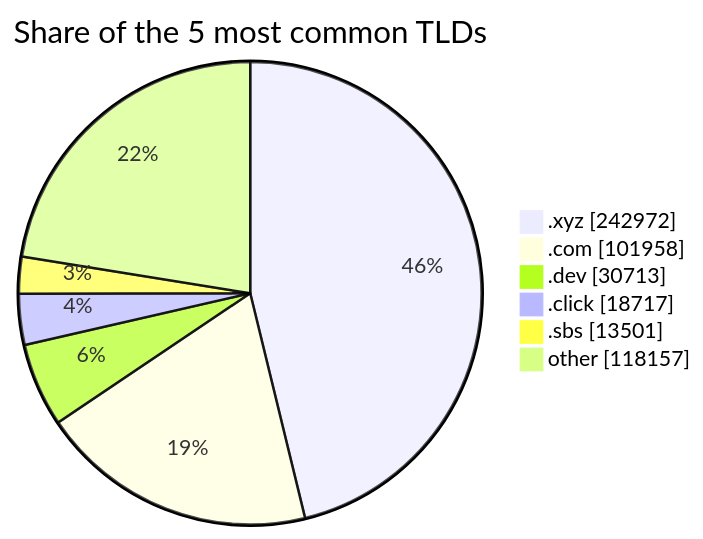
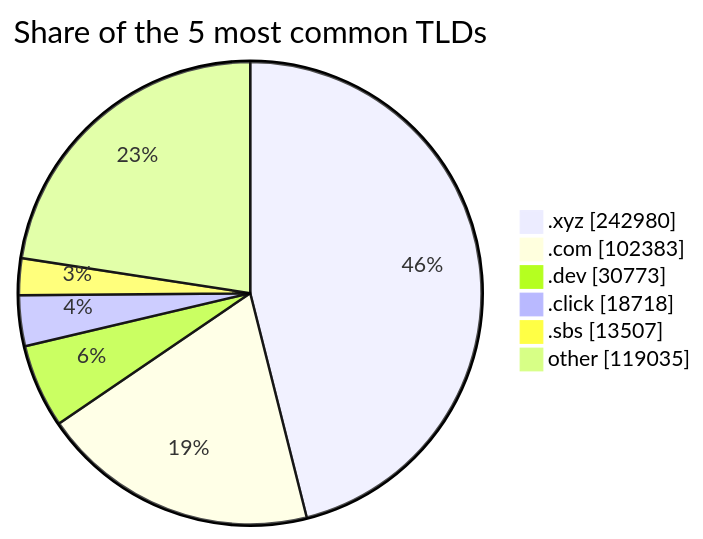
The third of 3 diagrams in README.md (DNSBunker/CTI), drawn with Mermaid before and after one commit. The commit also changed other lines of this file and 3 other files, not shown here.

````diff
--- a/README.md
+++ b/README.md
@@ -81,9 +81,9 @@
 ```mermaid
 pie showData title Share of the 5 most common TLDs
-    ".xyz" : 242972
-    ".com" : 101958
-    ".dev" : 30713
-    ".click" : 18717
-    ".sbs" : 13501
-    "other" : 118157
+    ".xyz" : 242980
+    ".com" : 102383
+    ".dev" : 30773
+    ".click" : 18718
+    ".sbs" : 13507
+    "other" : 119035
 ```
````
